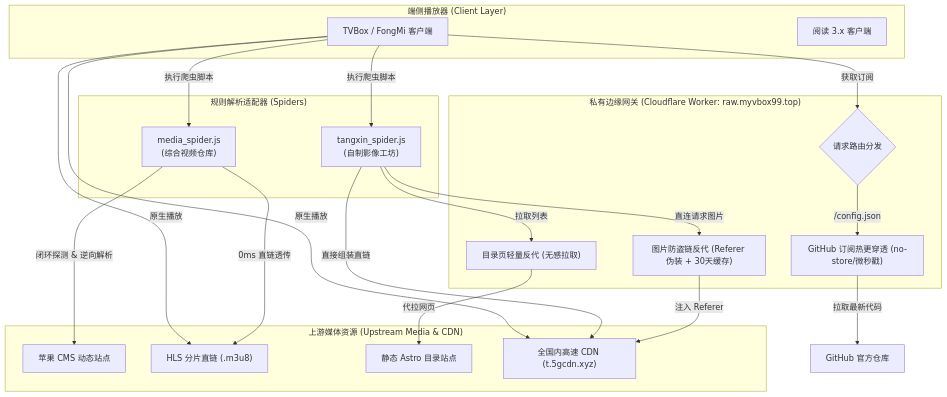
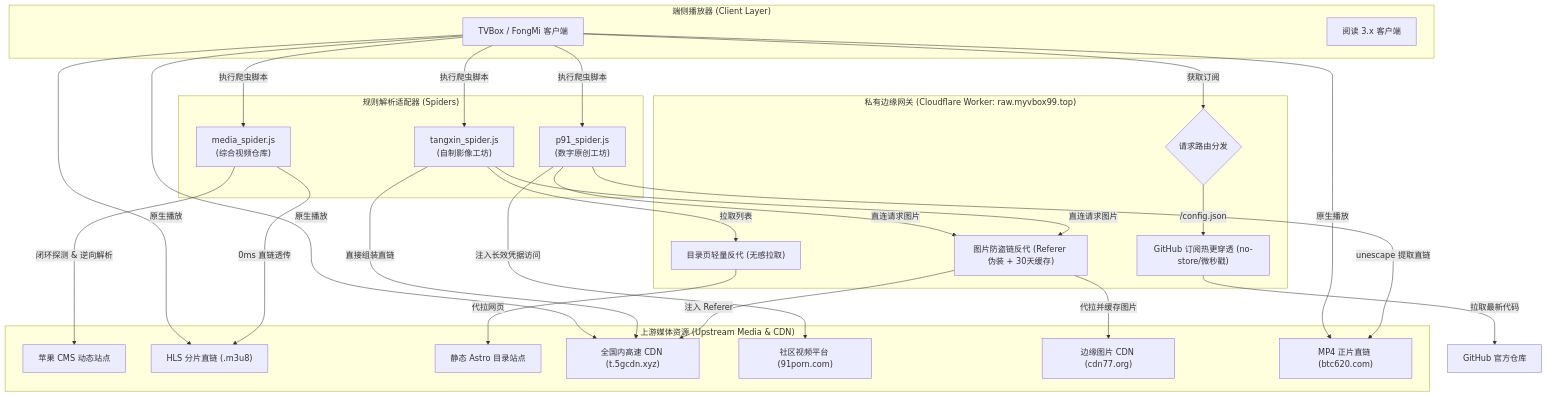
Before and after one commit to abcd666abcd/tvbox-rules: the diagram in docs/architecture.md, drawn with Mermaid. The commit also changed other lines of this file and 3 other files, not shown here.

Commit message:
docs: reconcile architecture, runbook, and handoff for p91 v1.0.4

````diff
--- a/docs/architecture.md
+++ b/docs/architecture.md
@@ -7,44 +7,55 @@
 ```mermaid
 flowchart TD
     subgraph ClientLayer ["端侧播放器 (Client Layer)"]
         TVBox["TVBox / FongMi 客户端"]
         Legado["阅读 3.x 客户端"]
     end
 
     subgraph EdgeGateway ["私有边缘网关 (Cloudflare Worker: raw.myvbox99.top)"]
         WorkerRouter{"请求路由分发"}
         RawProxy["GitHub 订阅热更穿透 (no-store/微秒戳)"]
         ImgProxy["图片防盗链反代 (Referer 伪装 + 30天缓存)"]
         HTMLProxy["目录页轻量反代 (无感拉取)"]
     end
 
     subgraph Adapters ["规则解析适配器 (Spiders)"]
         Spider1["media_spider.js<br/>(综合视频仓库)"]
         Spider2["tangxin_spider.js<br/>(自制影像工坊)"]
+        Spider3["p91_spider.js<br/>(数字原创工坊)"]
     end
 
     subgraph Upstream ["上游媒体资源 (Upstream Media & CDN)"]
         HSCK_Site["苹果 CMS 动态站点"]
         HSCK_Stream["HLS 分片直链 (.m3u8)"]
         TX_Site["静态 Astro 目录站点"]
         TX_CDN["全国内高速 CDN (t.5gcdn.xyz)"]
+        P91_Site["社区视频平台 (91porn.com)"]
+        P91_CDN["边缘图片 CDN (cdn77.org)"]
+        P91_Stream["MP4 正片直链 (btc620.com)"]
     end
 
     TVBox -->|获取订阅| WorkerRouter
     WorkerRouter -->|/config.json| RawProxy
     RawProxy -->|拉取最新代码| GitHub[GitHub 官方仓库]
 
     TVBox -->|执行爬虫脚本| Spider1
     TVBox -->|执行爬虫脚本| Spider2
+    TVBox -->|执行爬虫脚本| Spider3
 
     Spider1 -->|闭环探测 & 逆向解析| HSCK_Site
     Spider1 -->|0ms 直链透传| HSCK_Stream
     TVBox -->|原生播放| HSCK_Stream
 
     Spider2 -->|拉取列表| HTMLProxy
     HTMLProxy -->|代拉网页| TX_Site
     Spider2 -->|直连请求图片| ImgProxy
     ImgProxy -->|注入 Referer| TX_CDN
     Spider2 -->|直接组装直链| TX_CDN
     TVBox -->|原生播放| TX_CDN
+
+    Spider3 -->|注入长效凭据访问| P91_Site
+    Spider3 -->|直连请求图片| ImgProxy
+    ImgProxy -->|代拉并缓存图片| P91_CDN
+    Spider3 -->|unescape 提取直链| P91_Stream
+    TVBox -->|原生播放| P91_Stream
 ```
````
